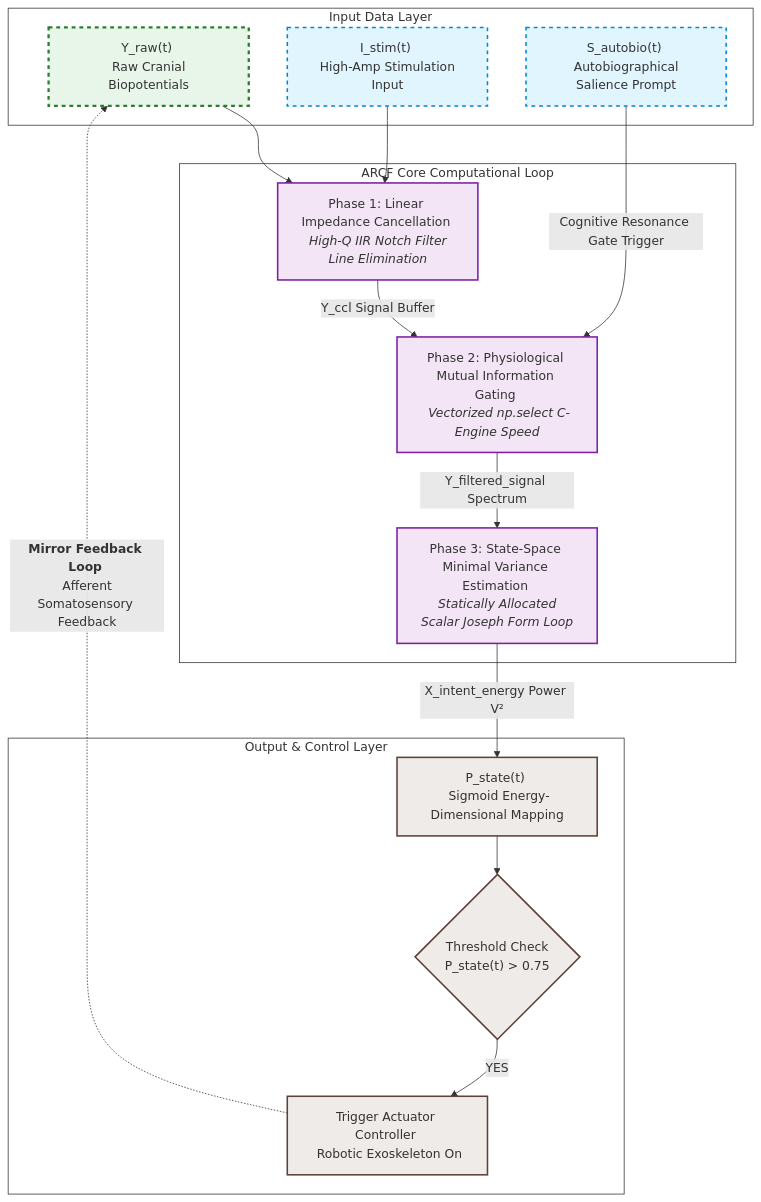
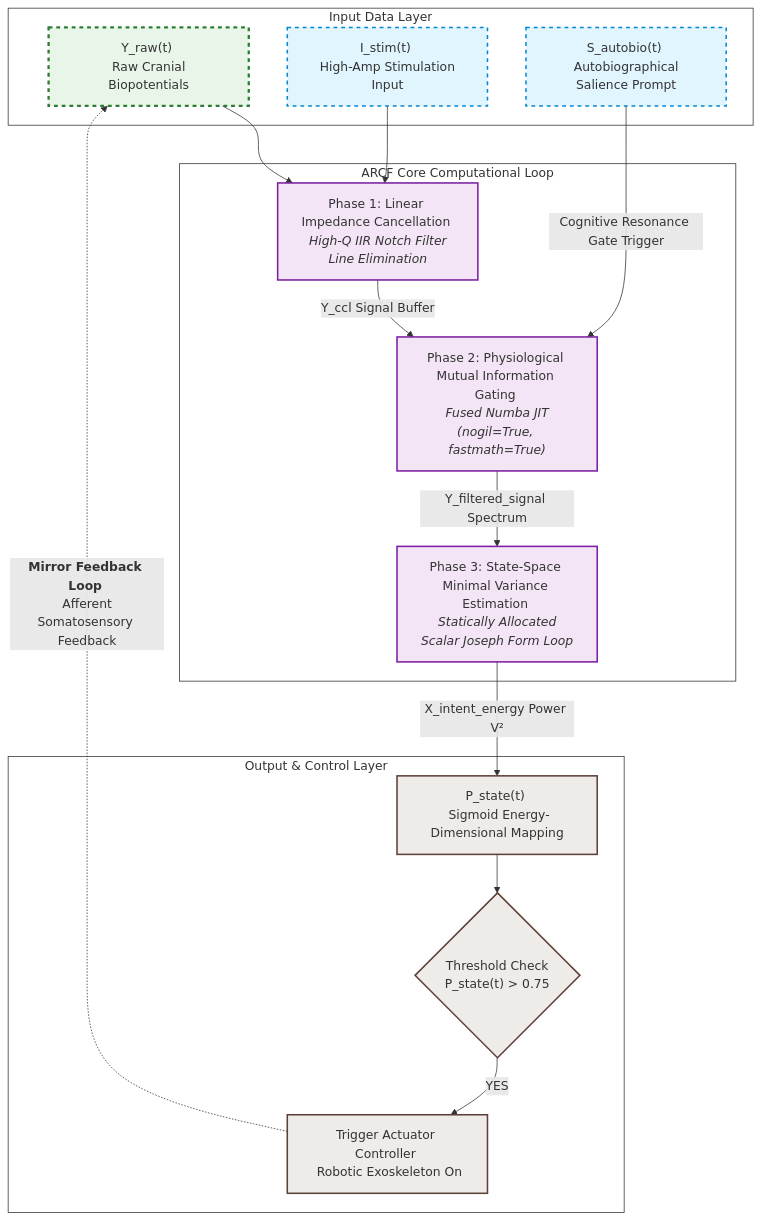
Before and after one commit to PJHkorea/consciousness-auto-rotation-artificial-neural-bypass: the diagram in README.md, drawn with Mermaid. The commit also changed other lines of this file, not shown here.

````diff
--- a/README.md
+++ b/README.md
@@ -33,50 +33,50 @@
 ```mermaid
 graph TD
     %% 스타일 정의
     classDef input fill:#e1f5fe,stroke:#0288d1,stroke-width:2px,stroke-dasharray: 5 5;
     classDef process fill:#f3e5f5,stroke:#7b1fa2,stroke-width:2px;
     classDef output fill:#efebe9,stroke:#5d4037,stroke-width:2px;
     classDef loop fill:#e8f5e9,stroke:#2e7d32,stroke-width:3px;
 
     %% 입력 데이터 레이어
     subgraph INPUT_STAGE [Input Data Layer]
         Y_raw["Y_raw(t) <br> Raw Cranial Biopotentials"]:::input
         I_stim["I_stim(t) <br> High-Amp Stimulation Input"]:::input
         S_autobio["S_autobio(t) <br> Autobiographical Salience Prompt"]:::input
     end
 
     %% 실시간 신호처리 및 연산 레이어
     subgraph COMP_LOOP [ARCF Core Computational Loop]
         Phase1["Phase 1: Linear Impedance Cancellation <br> <i>High-Q IIR Notch Filter Line Elimination</i>"]:::process
-        Phase2["Phase 2: Physiological Mutual Information Gating <br> <i>Vectorized np.select C-Engine Speed</i>"]:::process
+        Phase2["Phase 2: Physiological Mutual Information Gating <br> <i>Fused Numba JIT (nogil=True, fastmath=True)</i>"]:::process
         Phase3["Phase 3: State-Space Minimal Variance Estimation <br> <i>Statically Allocated Scalar Joseph Form Loop</i>"]:::process
     end
 
     %% 출력 및 액추에이터 제어 레이어
     subgraph OUTPUT_STAGE [Output & Control Layer]
         P_intent["P_state(t) <br> Sigmoid Energy-Dimensional Mapping"]:::output
         Trigger{"Threshold Check <br> P_state(t) > 0.75"}:::output
         ExoRobot["Trigger Actuator Controller <br> Robotic Exoskeleton On"]:::output
     end
 
     %% 데이터 흐름 연결
     Y_raw --> Phase1
     I_stim --> Phase1
     
     Phase1 -->|Y_ccl Signal Buffer| Phase2
     S_autobio -->|Cognitive Resonance Gate Trigger| Phase2
     
     Phase2 -->|Y_filtered_signal Spectrum| Phase3
     
     Phase3 -->|X_intent_energy Power V²| P_intent
     P_intent --> Trigger
     
     %% 폐루프 수렴 (거울 되먹임 루프)
     Trigger -->|YES| ExoRobot
     ExoRobot -.->|<b>Mirror Feedback Loop</b> <br> Afferent Somatosensory Feedback| Y_raw:::loop
 
     %% 스타일 적용
     style COMP_LOOP fill:#fff,stroke:#333,stroke-width:1px
     style INPUT_STAGE fill:#fff,stroke:#333,stroke-width:1px
     style OUTPUT_STAGE fill:#fff,stroke:#333,stroke-width:1px
 ```
````
